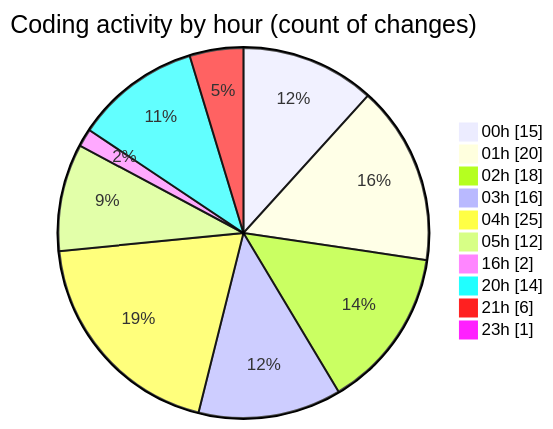
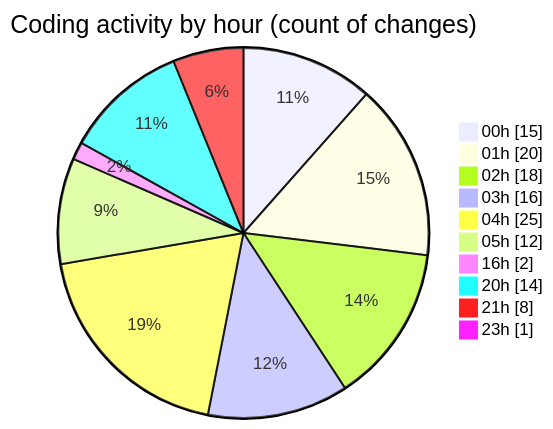
Before and after one commit to lephambinh05/code-tracking: the second of 2 diagrams in 2025-08-04/studybuddy/README.md, drawn with Mermaid. The commit also changed other lines of this file and 1 other file, not shown here.

````diff
--- a/2025-08-04/studybuddy/README.md
+++ b/2025-08-04/studybuddy/README.md
@@ -59,14 +59,14 @@
 ```mermaid
 pie showData
 title Coding activity by hour (count of changes)
 "00h" : 15
 "01h" : 20
 "02h" : 18
 "03h" : 16
 "04h" : 25
 "05h" : 12
 "16h" : 2
 "20h" : 14
-"21h" : 6
+"21h" : 8
 "23h" : 1
 ```
````
